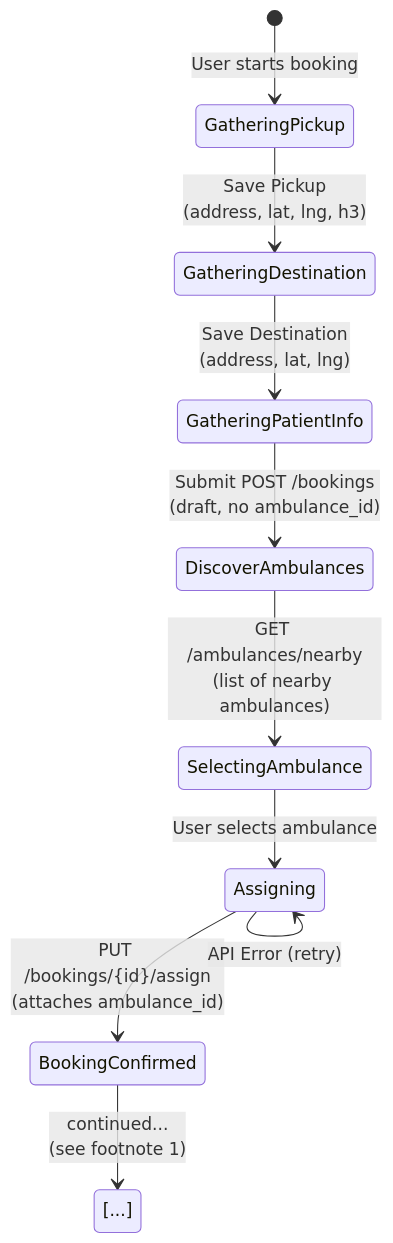
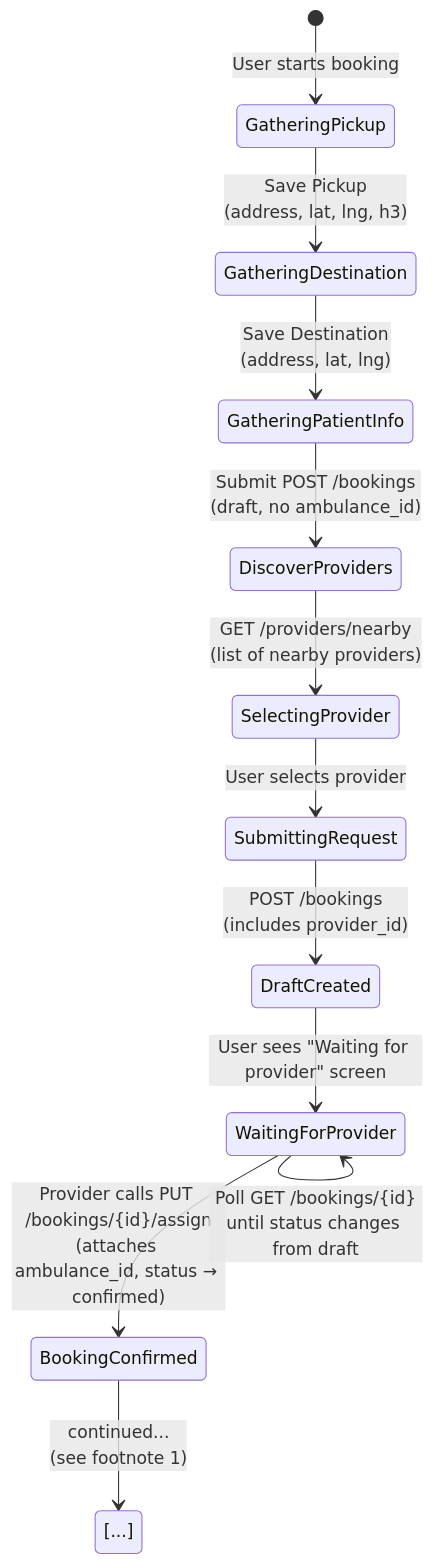
One commit to 101-toyota-team/resqlink-be changed the first of 2 diagrams in docs/FRONTEND_BOOKING_FLOW.md. Above: the diagram before and after it, drawn with Mermaid. The commit also changed other lines of this file and 1 other file, not shown here.

First line of the commit message:
docs: update booking flow and openapi spec for provider dispatch

````diff
--- a/docs/FRONTEND_BOOKING_FLOW.md
+++ b/docs/FRONTEND_BOOKING_FLOW.md
@@ -15,16 +15,19 @@
 ```mermaid
 stateDiagram-v2
     [*] --> GatheringPickup : User starts booking
     
     GatheringPickup --> GatheringDestination : Save Pickup<br>(address, lat, lng, h3)
     GatheringDestination --> GatheringPatientInfo : Save Destination<br>(address, lat, lng)
-    GatheringPatientInfo --> DiscoverAmbulances : Submit POST /bookings<br>(draft, no ambulance_id)
+    GatheringPatientInfo --> DiscoverProviders : Submit POST /bookings<br>(draft, no ambulance_id)
     
-    DiscoverAmbulances --> SelectingAmbulance : GET /ambulances/nearby<br>(list of nearby ambulances)
-    SelectingAmbulance --> Assigning : User selects ambulance
+    DiscoverProviders --> SelectingProvider : GET /providers/nearby<br>(list of nearby providers)
+    SelectingProvider --> SubmittingRequest : User selects provider
     
-    Assigning --> BookingConfirmed : PUT /bookings/{id}/assign<br>(attaches ambulance_id)
-    Assigning --> Assigning : API Error (retry)
+    SubmittingRequest --> DraftCreated : POST /bookings<br>(includes provider_id)
+    
+    DraftCreated --> WaitingForProvider : User sees "Waiting for provider" screen
+    WaitingForProvider --> BookingConfirmed : Provider calls PUT /bookings/{id}/assign<br>(attaches ambulance_id, status → confirmed)
+    WaitingForProvider --> WaitingForProvider : Poll GET /bookings/{id}<br>until status changes from draft
     
     BookingConfirmed --> [...] : continued...<br>(see footnote 1)
 ```
````
